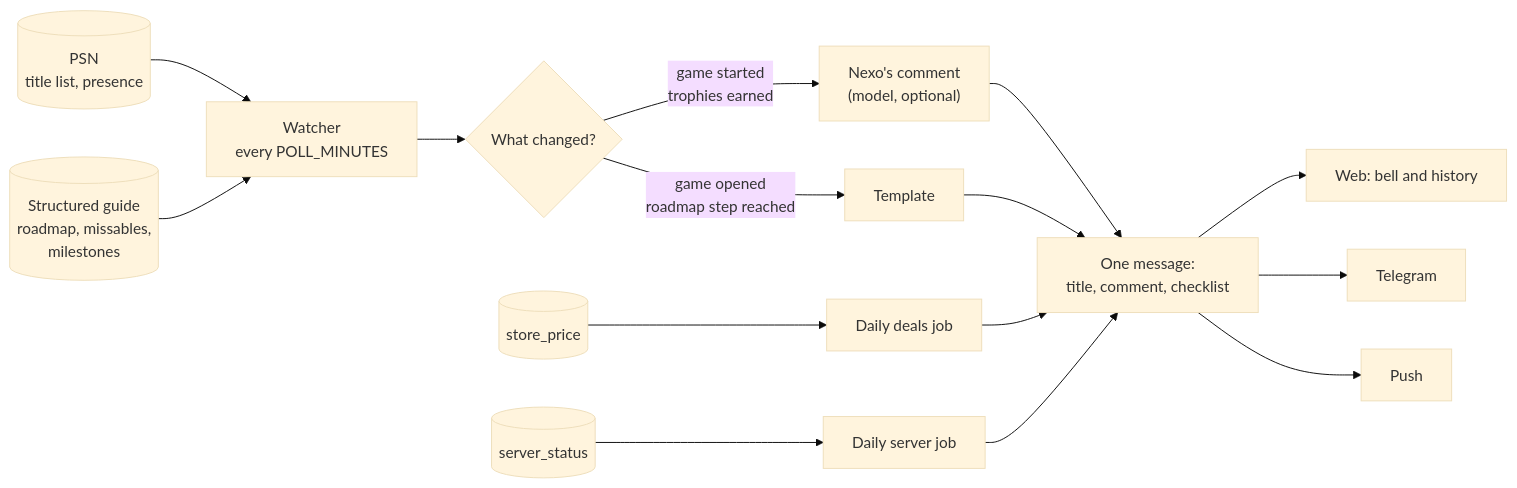
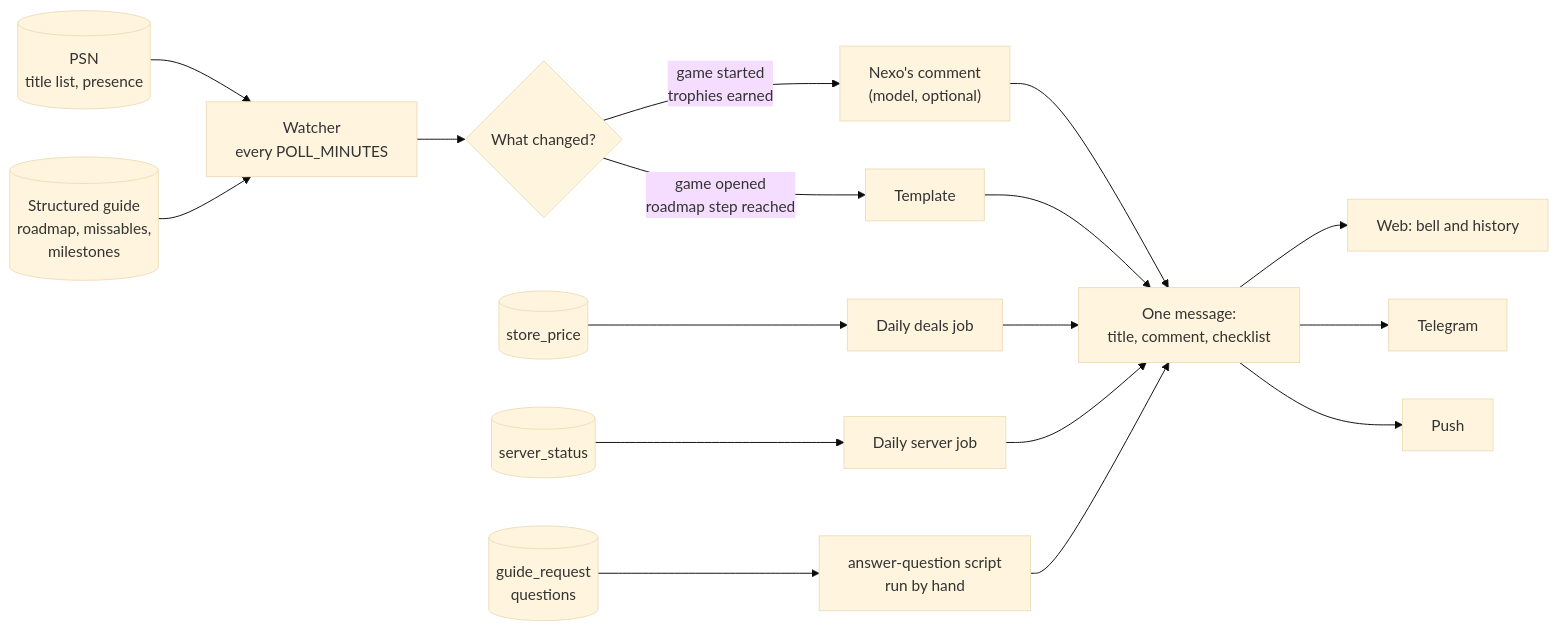
One commit to renatoaug/platjourney changed the diagram in docs/design/05-notifications.md. Above: the diagram before and after it, drawn with Mermaid (base theme). The commit also changed other lines of this file and 21 other files, not shown here.

````diff
--- a/docs/design/05-notifications.md
+++ b/docs/design/05-notifications.md
@@ -13,15 +13,16 @@
 ```mermaid
 flowchart LR
     psn[("PSN<br/>title list, presence")] --> watcher["Watcher<br/>every POLL_MINUTES"]
     guide[("Structured guide<br/>roadmap, missables,<br/>milestones")] --> watcher
     watcher --> news{"What changed?"}
     news -- "game started<br/>trophies earned" --> nexo["Nexo's comment<br/>(model, optional)"]
     news -- "game opened<br/>roadmap step reached" --> tpl["Template"]
     nexo --> msg["One message:<br/>title, comment, checklist"]
     tpl --> msg
     store[("store_price")] --> deals["Daily deals job"] --> msg
     servers[("server_status")] --> shut["Daily server job"] --> msg
+    gaps[("guide_request<br/>questions")] --> follow["answer-question script<br/>run by hand"] --> msg
     msg --> web["Web: bell and history"]
     msg --> tg["Telegram"]
     msg --> push["Push"]
 ```
````
